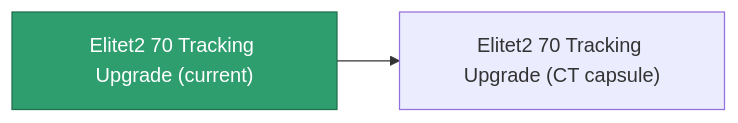
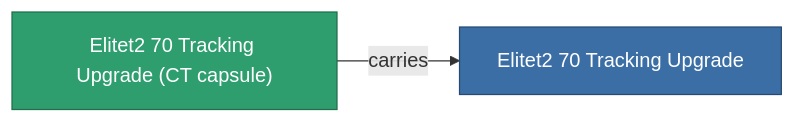
One commit to OpenPerpetuum/Wiki changed the diagram in content/content/items/elitet2_70_tracking_upgrade.md. Above: the diagram before and after it, drawn with Mermaid. The commit also changed other lines of this file and 2015 other files, not shown here.

````diff
--- a/content/content/items/elitet2_70_tracking_upgrade.md
+++ b/content/content/items/elitet2_70_tracking_upgrade.md
@@ -37,8 +37,9 @@
 ```mermaid
 graph LR
-    a["Elitet2 70 Tracking Upgrade (current)"]:::current
-    b["Elitet2 70 Tracking Upgrade (CT capsule)"]
-    a --> b
-    click b "/content/items/elitet2-70-tracking-upgrade-ct-capsule/" "Elitet2 70 Tracking Upgrade (CT capsule)"
+    a["Elitet2 70 Tracking Upgrade (CT capsule)"]:::current
+    b["Elitet2 70 Tracking Upgrade"]:::finished
+    a -->|carries| b
+                click b "/content/items/elitet2-70-tracking-upgrade/" "Elitet2 70 Tracking Upgrade"
     classDef current fill:#2f9e6f,stroke:#1f6f4a,color:#ffffff
+    classDef finished fill:#3b6ea5,stroke:#274a75,color:#ffffff
 ```
````
